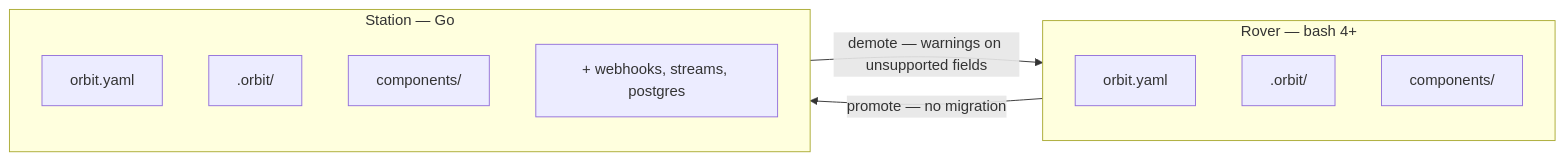
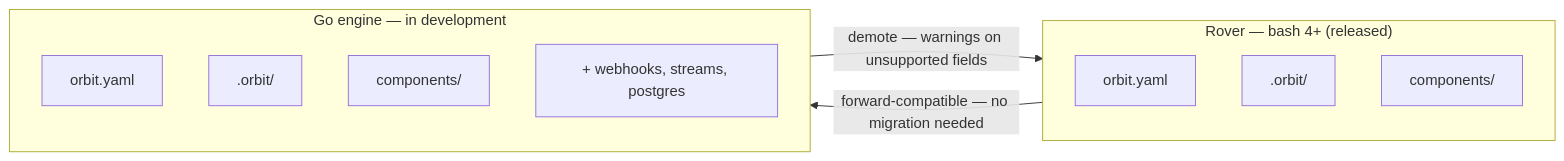
Before and after one commit to Modal-Vector/Orbit-Rover: the diagram in docs/compatibility.md, drawn with Mermaid. The commit also changed other lines of this file and 7 other files, not shown here.

````diff
--- a/docs/compatibility.md
+++ b/docs/compatibility.md
@@ -36,18 +42,18 @@
 ```mermaid
 flowchart LR
-    subgraph Rover["Rover — bash 4+"]
+    subgraph Rover["Rover — bash 4+ (released)"]
         R_YAML[orbit.yaml]
         R_STATE[.orbit/]
         R_COMP[components/]
     end
 
-    subgraph Station["Station — Go"]
+    subgraph GoEngine["Go engine — in development"]
         S_YAML[orbit.yaml]
         S_STATE[.orbit/]
         S_COMP[components/]
         S_EXTRA[+ webhooks, streams, postgres]
     end
 
-    Rover -->|"promote — no migration"| Station
-    Station -->|"demote — warnings on unsupported fields"| Rover
+    Rover -->|"forward-compatible — no migration needed"| GoEngine
+    GoEngine -->|"demote — warnings on unsupported fields"| Rover
 ```
````
